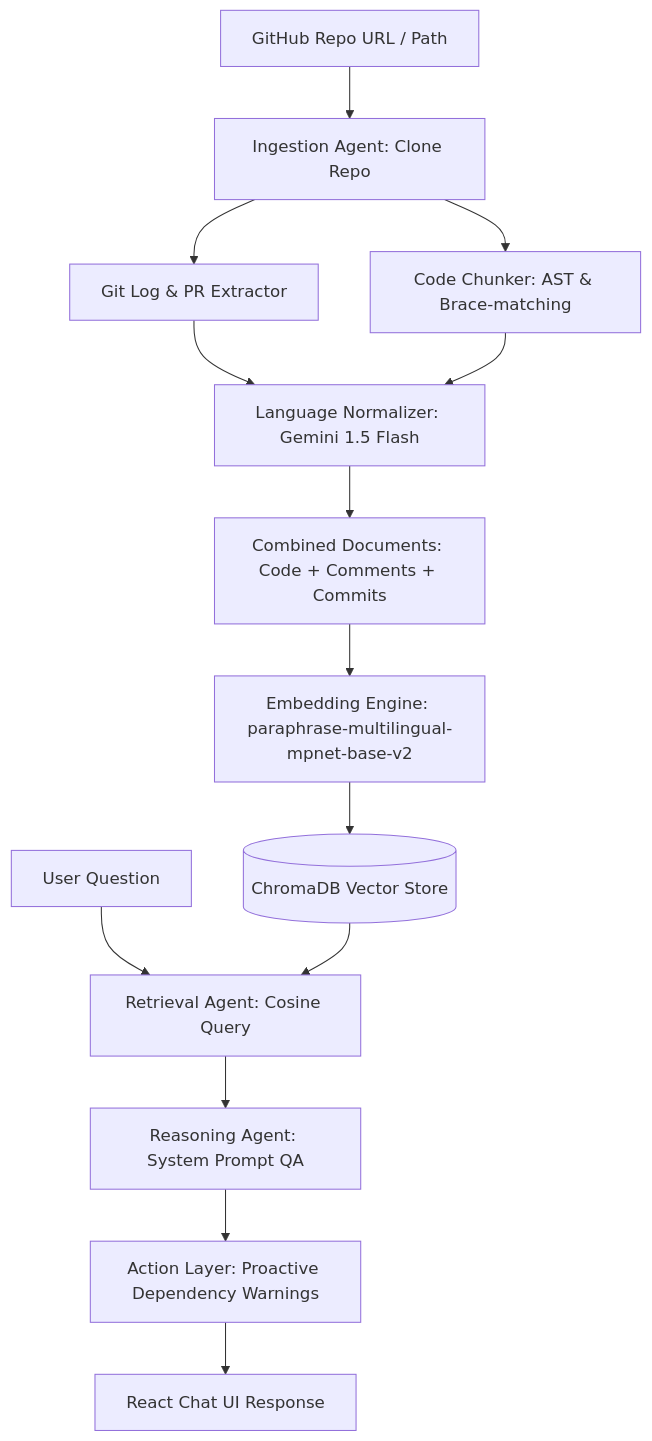
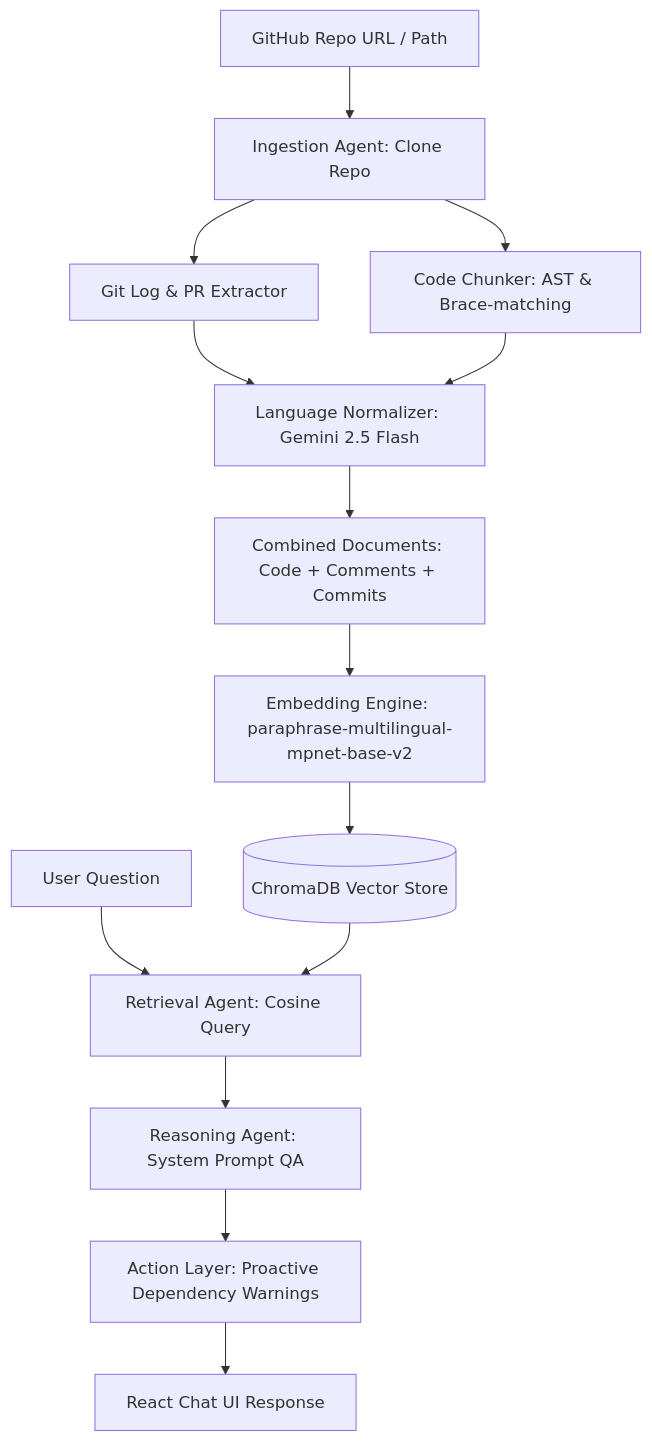
The diagram in README.md (YOGAAZHAKI/CodeMate), drawn with Mermaid before and after one commit.

````diff
--- a/README.md
+++ b/README.md
@@ -13,16 +13,16 @@
 ```mermaid
 graph TD
     A[GitHub Repo URL / Path] --> B[Ingestion Agent: Clone Repo]
     B --> C[Git Log & PR Extractor]
     B --> D[Code Chunker: AST & Brace-matching]
-    C --> E[Language Normalizer: Gemini 1.5 Flash]
+    C --> E[Language Normalizer: Gemini 2.5 Flash]
     D --> E
     E --> F[Combined Documents: Code + Comments + Commits]
     F --> G[Embedding Engine: paraphrase-multilingual-mpnet-base-v2]
     G --> H[(ChromaDB Vector Store)]
     I[User Question] --> J[Retrieval Agent: Cosine Query]
     H --> J
     J --> K[Reasoning Agent: System Prompt QA]
     K --> L[Action Layer: Proactive Dependency Warnings]
     L --> M[React Chat UI Response]
 ```
````
